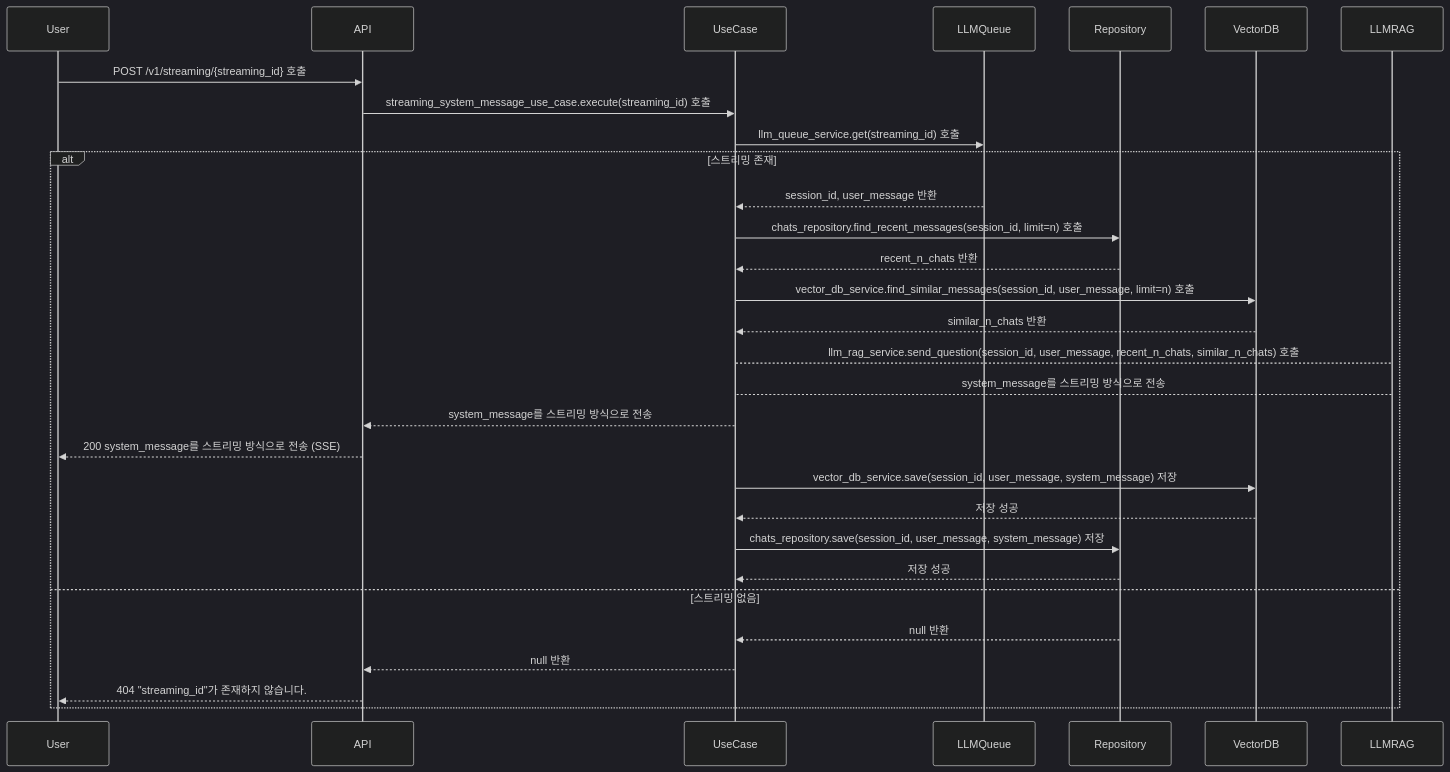
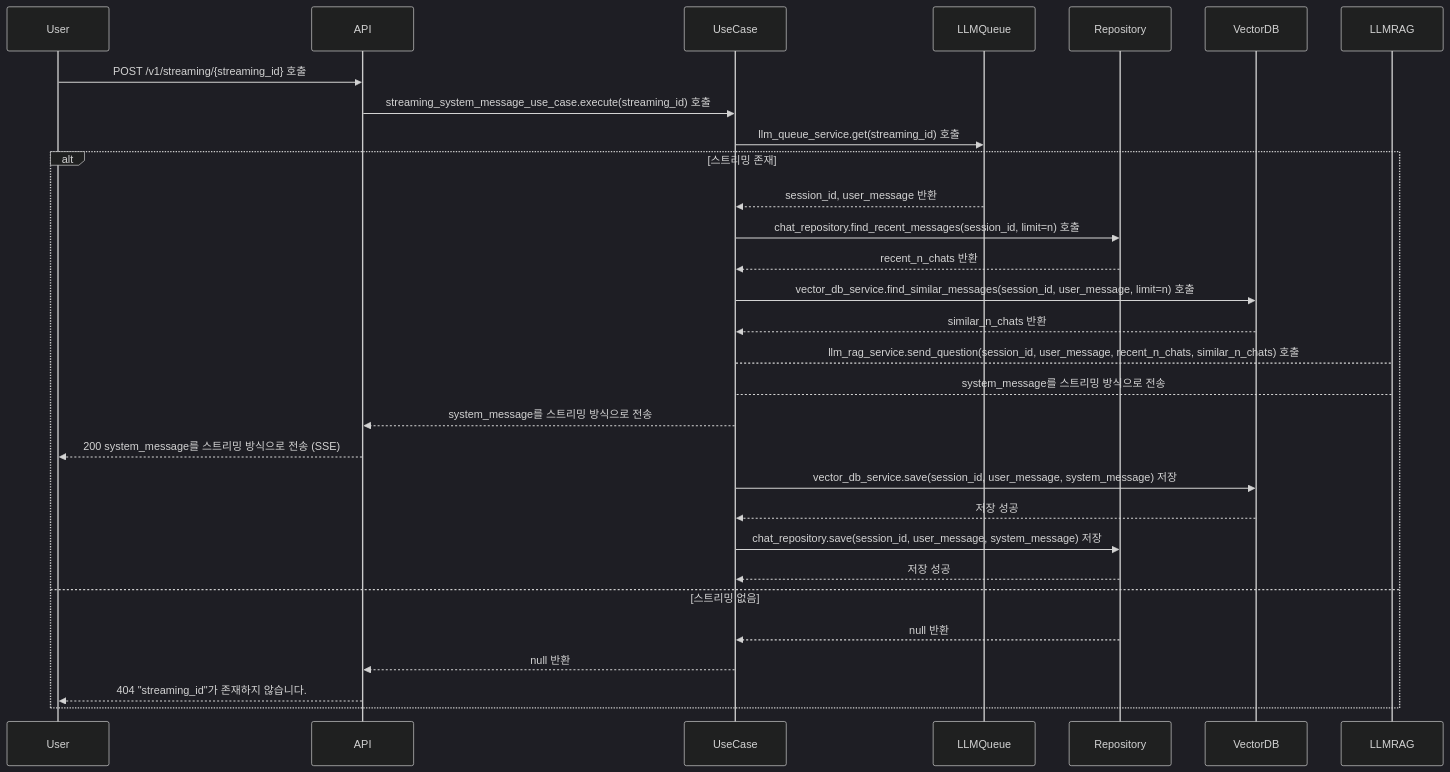
The fourth of 4 diagrams in README.md (JeHwanYoo/naver-smart-store-rag-chatbot), drawn with Mermaid (dark theme) before and after one commit. The commit also changed other lines of this file, not shown here.

Commit message:
✏️fix(typo): chats_repository -> chat_repository

````diff
--- a/README.md
+++ b/README.md
@@ -240,25 +240,25 @@
 ```mermaid
 sequenceDiagram
     User ->> API: POST /v1/streaming/{streaming_id} 호출
     API ->> UseCase: streaming_system_message_use_case.execute(streaming_id) 호출
     UseCase ->> LLMQueue: llm_queue_service.get(streaming_id) 호출
     alt 스트리밍 존재
         LLMQueue -->> UseCase: session_id, user_message 반환
-        UseCase ->> Repository: chats_repository.find_recent_messages(session_id, limit=n) 호출
+        UseCase ->> Repository: chat_repository.find_recent_messages(session_id, limit=n) 호출
         Repository -->> UseCase: recent_n_chats 반환
         UseCase ->> VectorDB: vector_db_service.find_similar_messages(session_id, user_message, limit=n) 호출
         VectorDB -->> UseCase: similar_n_chats 반환
         UseCase --> LLMRAG: llm_rag_service.send_question(session_id, user_message, recent_n_chats, similar_n_chats) 호출
         LLMRAG --> UseCase: system_message를 스트리밍 방식으로 전송
         UseCase -->> API: system_message를 스트리밍 방식으로 전송
         API -->> User: 200 system_message를 스트리밍 방식으로 전송 (SSE)
         UseCase ->> VectorDB: vector_db_service.save(session_id, user_message, system_message) 저장
         VectorDB -->> UseCase: 저장 성공
-        UseCase ->> Repository: chats_repository.save(session_id, user_message, system_message) 저장
+        UseCase ->> Repository: chat_repository.save(session_id, user_message, system_message) 저장
         Repository -->> UseCase: 저장 성공
     else 스트리밍 없음
         Repository -->> UseCase: null 반환
         UseCase -->> API: null 반환
         API -->> User: 404 "streaming_id"가 존재하지 않습니다.
     end
 ```
````
